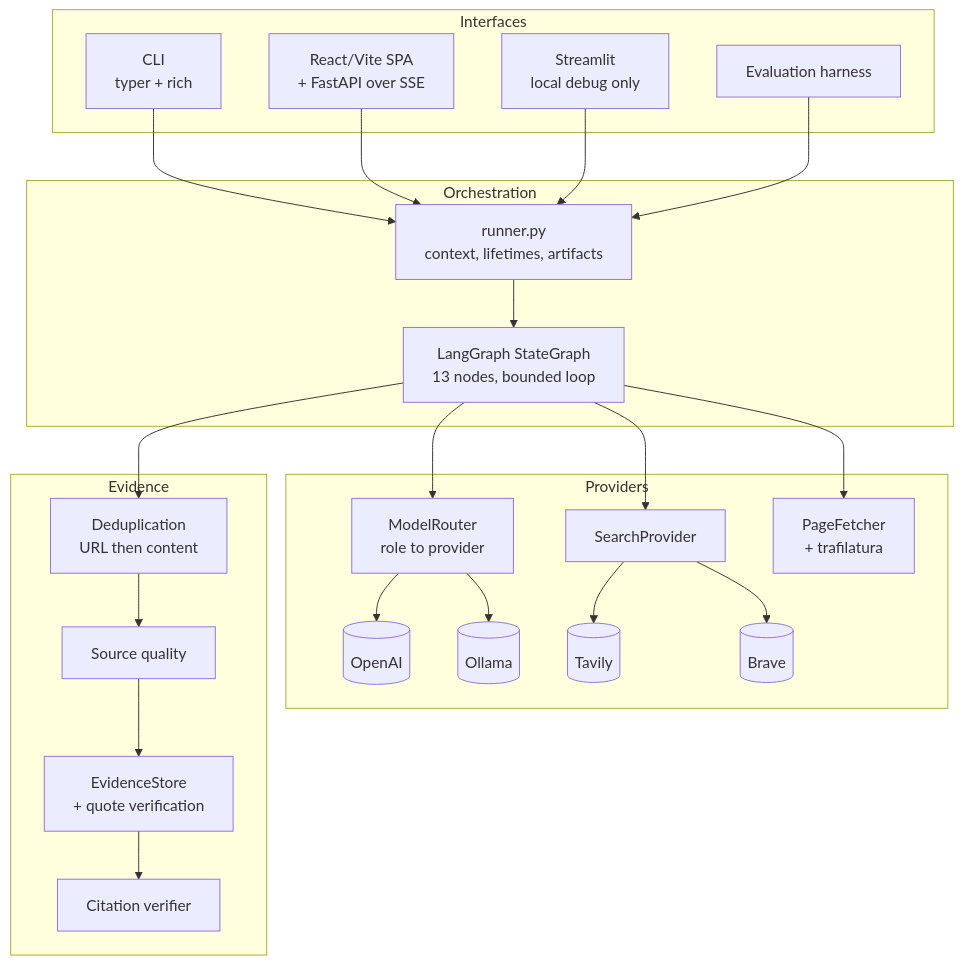
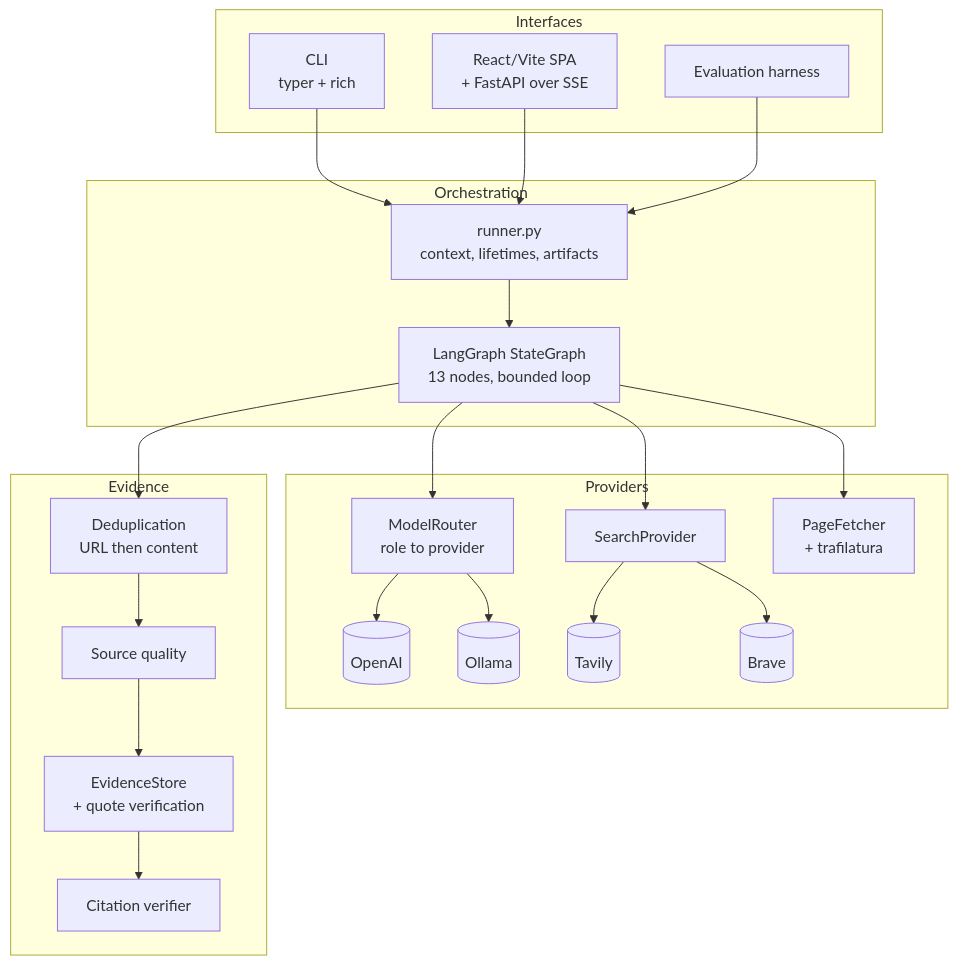
One commit to NirmalKumar31/agentic-research-engine changed the first of 4 diagrams in docs/ARCHITECTURE.md. Above: the diagram before and after it, drawn with Mermaid. The commit also changed other lines of this file and 7 other files, not shown here.

````diff
--- a/docs/ARCHITECTURE.md
+++ b/docs/ARCHITECTURE.md
@@ -30,45 +30,43 @@
 ```mermaid
 graph TB
     subgraph Interfaces
         CLI[CLI<br/>typer + rich]
         WEB[React/Vite SPA<br/>+ FastAPI over SSE]
-        UI[Streamlit<br/>local debug only]
         EV[Evaluation harness]
     end
 
     subgraph Orchestration
         RUN[runner.py<br/>context, lifetimes, artifacts]
         GRAPH[LangGraph StateGraph<br/>13 nodes, bounded loop]
     end
 
     subgraph Providers
         ROUTER[ModelRouter<br/>role to provider]
         OPENAI[(OpenAI)]
         OLLAMA[(Ollama)]
         SEARCH[SearchProvider]
         TAVILY[(Tavily)]
         BRAVE[(Brave)]
         FETCH[PageFetcher<br/>+ trafilatura]
     end
 
     subgraph Evidence
         DEDUP[Deduplication<br/>URL then content]
         QUALITY[Source quality]
         STORE[EvidenceStore<br/>+ quote verification]
         CITE[Citation verifier]
     end
 
     CLI --> RUN
     WEB --> RUN
-    UI --> RUN
     EV --> RUN
     RUN --> GRAPH
     GRAPH --> ROUTER
     GRAPH --> SEARCH
     GRAPH --> FETCH
     GRAPH --> DEDUP --> QUALITY --> STORE --> CITE
     ROUTER --> OPENAI
     ROUTER --> OLLAMA
     SEARCH --> TAVILY
     SEARCH --> BRAVE
 ```
````
